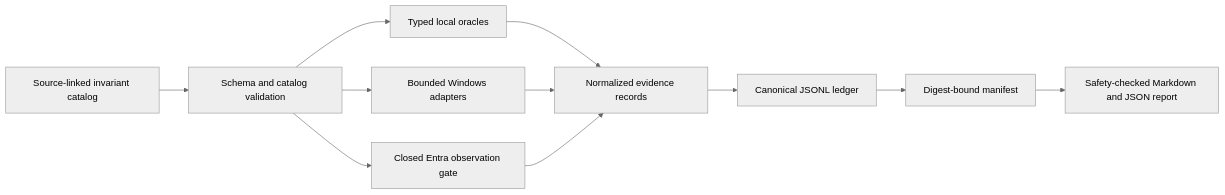
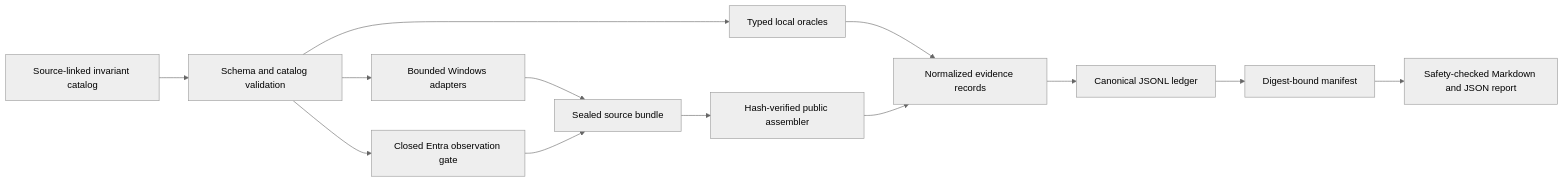
The diagram in docs/architecture.md (adilalperenciftci/identity-invariants), drawn with Mermaid (neutral theme) before and after one commit. The commit also changed other lines of this file and 15 other files, not shown here.

````diff
--- a/docs/architecture.md
+++ b/docs/architecture.md
@@ -11,13 +11,15 @@
 ```mermaid
 flowchart LR
     S[Source-linked invariant catalog] --> V[Schema and catalog validation]
     V --> O[Typed local oracles]
     V --> W[Bounded Windows adapters]
     V --> E[Closed Entra observation gate]
     O --> N[Normalized evidence records]
-    W --> N
-    E --> N
+    W --> B[Sealed source bundle]
+    E --> B
+    B --> A[Hash-verified public assembler]
+    A --> N
     N --> L[Canonical JSONL ledger]
     L --> M[Digest-bound manifest]
     M --> R[Safety-checked Markdown and JSON report]
 ```
````
